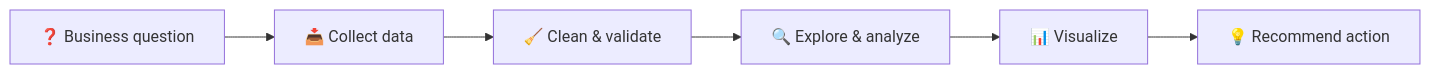
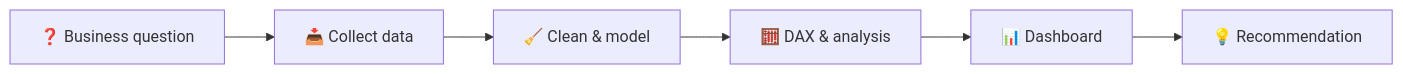
The diagram in README.md (Ali-Isa-Ashrafli/Ali-Isa-Ashrafli), drawn with Mermaid before and after one commit. The commit also changed other lines of this file, not shown here.

````diff
--- a/README.md
+++ b/README.md
@@ -77,8 +76,8 @@
 ```mermaid
 flowchart LR
     A[❓ Business question] --> B[📥 Collect data]
-    B --> C[🧹 Clean & validate]
-    C --> D[🔍 Explore & analyze]
-    D --> E[📊 Visualize]
-    E --> F[💡 Recommend action]
+    B --> C[🧹 Clean & model]
+    C --> D[🧮 DAX & analysis]
+    D --> E[📊 Dashboard]
+    E --> F[💡 Recommendation]
 ```
````
